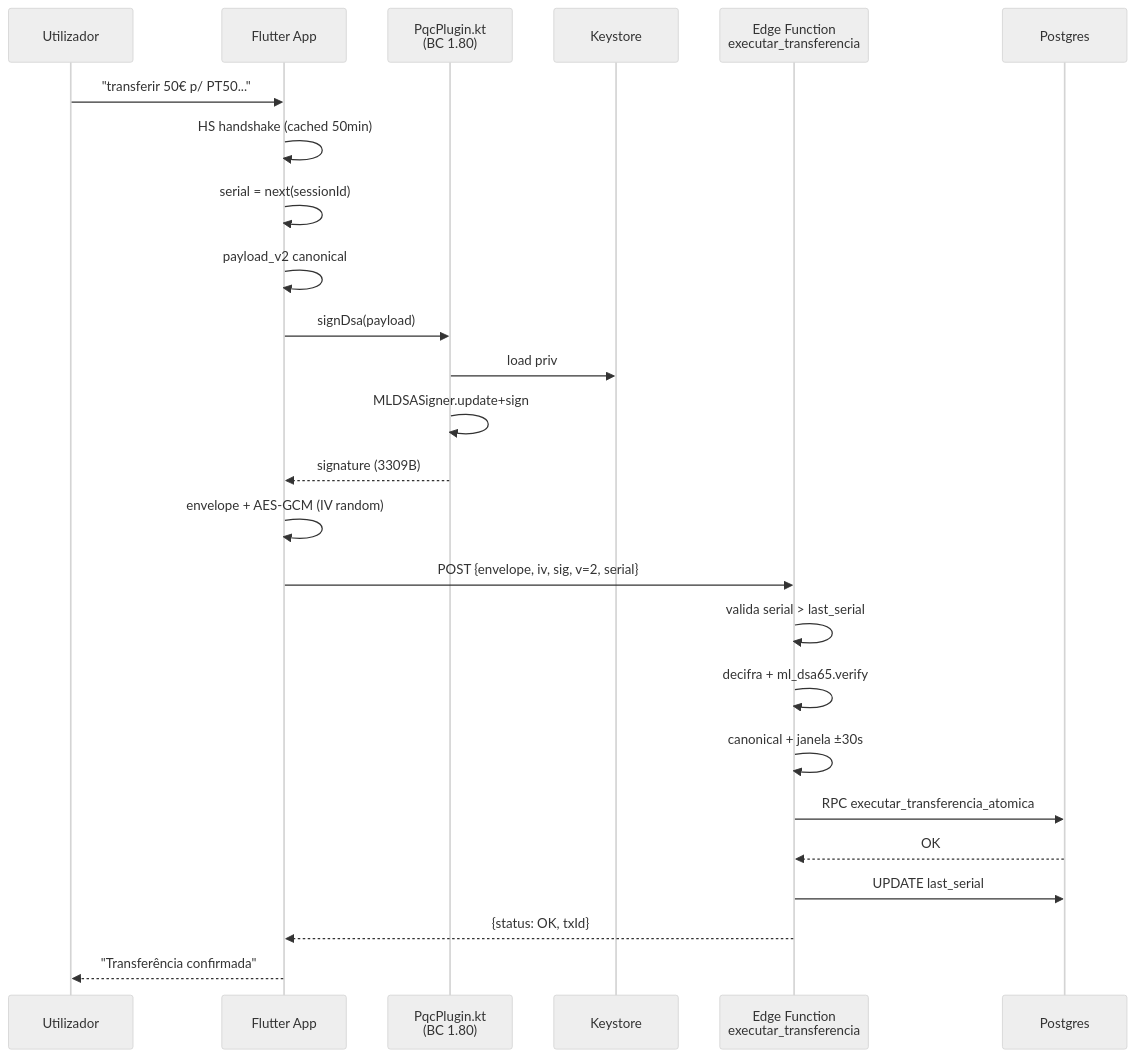
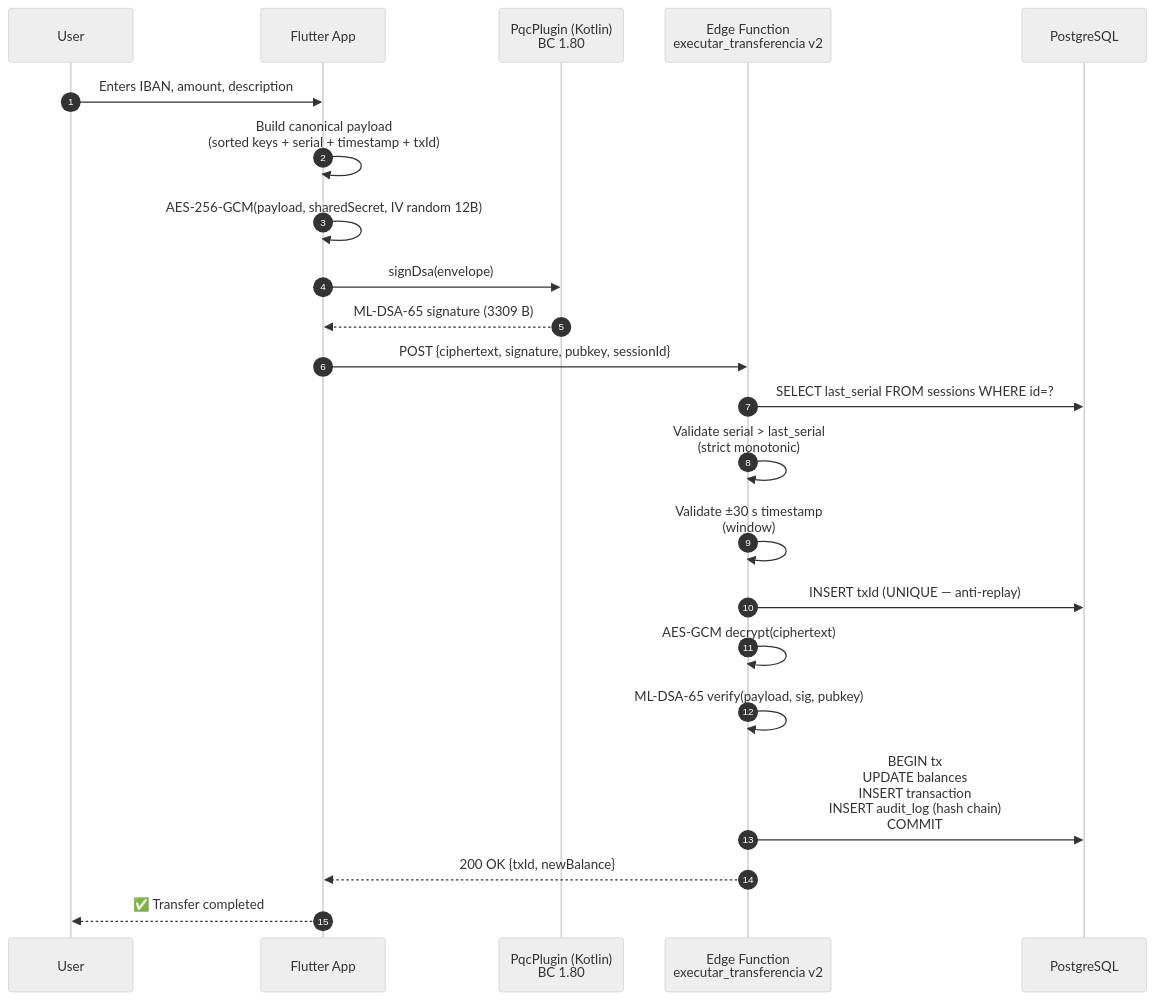
One commit to VagnerBomJesus/BJBank changed the second of 7 diagrams in README.md. Above: the diagram before and after it, drawn with Mermaid (neutral theme). The commit also changed other lines of this file and 3 other files, not shown here.

Commit message:
docs(i18n): translate README + CHANGELOG + THESIS_READINESS + FUTURE_WORK to English + embed UML diagrams in README

````diff
--- a/README.md
+++ b/README.md
@@ -259,27 +311,25 @@
 ```mermaid
 sequenceDiagram
-    participant U as Utilizador
+    autonumber
+    participant U as User
     participant App as Flutter App
-    participant Plugin as PqcPlugin.kt<br/>(BC 1.80)
-    participant KS as Keystore
-    participant EF as Edge Function<br/>executar_transferencia
-    participant DB as Postgres
-    U->>App: "transferir 50€ p/ PT50..."
-    App->>App: HS handshake (cached 50min)
-    App->>App: serial = next(sessionId)
-    App->>App: payload_v2 canonical
-    App->>Plugin: signDsa(payload)
-    Plugin->>KS: load priv
-    Plugin->>Plugin: MLDSASigner.update+sign
-    Plugin-->>App: signature (3309B)
-    App->>App: envelope + AES-GCM (IV random)
-    App->>EF: POST {envelope, iv, sig, v=2, serial}
-    EF->>EF: valida serial > last_serial
-    EF->>EF: decifra + ml_dsa65.verify
-    EF->>EF: canonical + janela ±30s
-    EF->>DB: RPC executar_transferencia_atomica
-    DB-->>EF: OK
-    EF->>DB: UPDATE last_serial
-    EF-->>App: {status: OK, txId}
-    App-->>U: "Transferência confirmada"
+    participant Pqc as PqcPlugin (Kotlin)<br/>BC 1.80
+    participant Edge as Edge Function<br/>executar_transferencia v2
+    participant DB as PostgreSQL
+
+    U->>App: Enters IBAN, amount, description
+    App->>App: Build canonical payload<br/>(sorted keys + serial + timestamp + txId)
+    App->>App: AES-256-GCM(payload, sharedSecret, IV random 12B)
+    App->>Pqc: signDsa(envelope)
+    Pqc-->>App: ML-DSA-65 signature (3309 B)
+    App->>Edge: POST {ciphertext, signature, pubkey, sessionId}
+    Edge->>DB: SELECT last_serial FROM sessions WHERE id=?
+    Edge->>Edge: Validate serial > last_serial<br/>(strict monotonic)
+    Edge->>Edge: Validate ±30 s timestamp<br/>(window)
+    Edge->>DB: INSERT txId (UNIQUE — anti-replay)
+    Edge->>Edge: AES-GCM decrypt(ciphertext)
+    Edge->>Edge: ML-DSA-65 verify(payload, sig, pubkey)
+    Edge->>DB: BEGIN tx<br/>UPDATE balances<br/>INSERT transaction<br/>INSERT audit_log (hash chain)<br/>COMMIT
+    Edge-->>App: 200 OK {txId, newBalance}
+    App-->>U: ✅ Transfer completed
 ```
````
